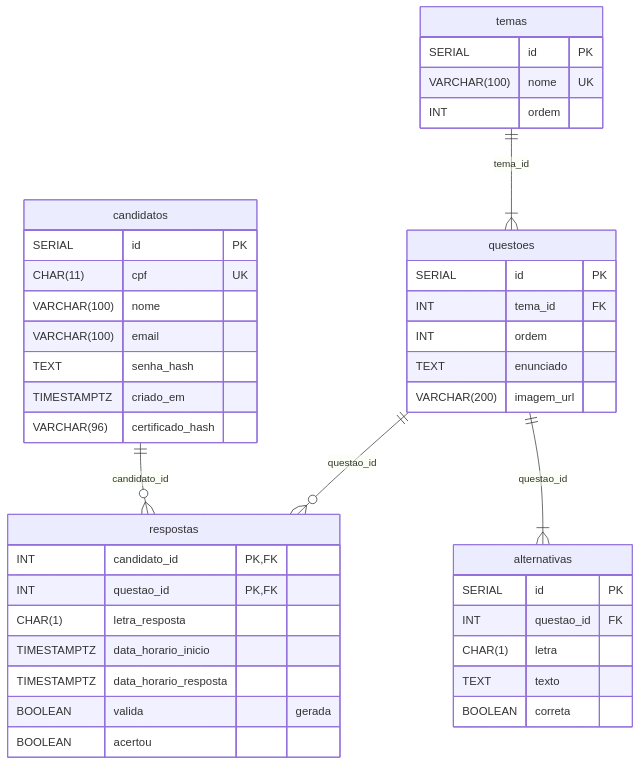
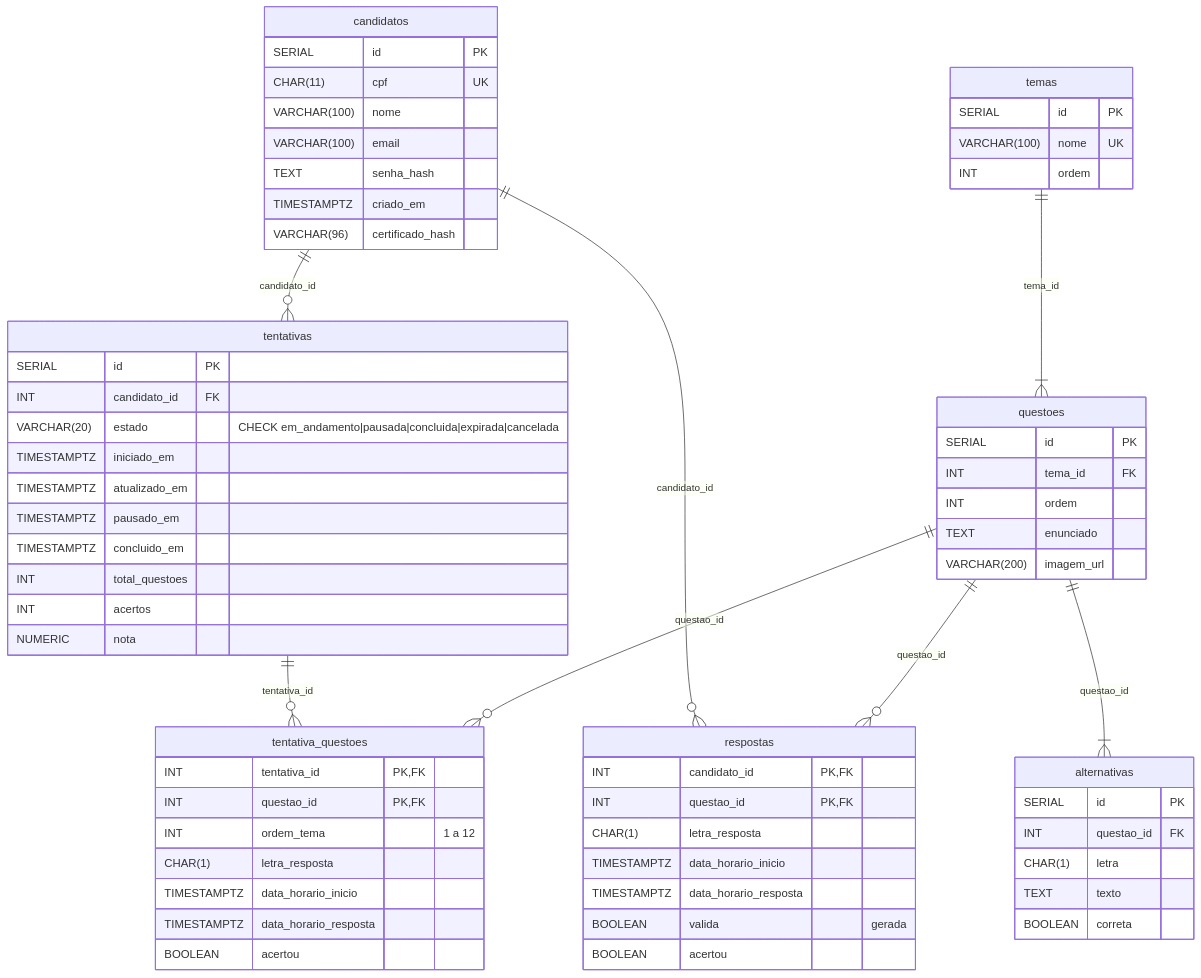
Before and after one commit to MultiCoreDSM/ABP: the diagram in docs/banco/modelo-logico.md, drawn with Mermaid. The commit also changed other lines of this file and 2 other files, not shown here.

Commit message:
docs(db): atualiza diagramas e modelos para seguir requisitos da DB-05

````diff
--- a/docs/banco/modelo-logico.md
+++ b/docs/banco/modelo-logico.md
@@ -17,45 +17,69 @@
 ```mermaid
 erDiagram
+    candidatos ||--o{ tentativas : "candidato_id"
+    tentativas ||--o{ tentativa_questoes : "tentativa_id"
+    questoes   ||--o{ tentativa_questoes : "questao_id"
     candidatos ||--o{ respostas : "candidato_id"
     questoes   ||--o{ respostas : "questao_id"
     temas      ||--|{ questoes  : "tema_id"
     questoes   ||--|{ alternativas : "questao_id"
 
     candidatos {
         SERIAL id PK
         CHAR(11) cpf UK
         VARCHAR(100) nome
         VARCHAR(100) email
         TEXT senha_hash
         TIMESTAMPTZ criado_em
         VARCHAR(96) certificado_hash
+    }
+    tentativas {
+        SERIAL id PK
+        INT candidato_id FK
+        VARCHAR(20) estado "CHECK em_andamento|pausada|concluida|expirada|cancelada"
+        TIMESTAMPTZ iniciado_em
+        TIMESTAMPTZ atualizado_em
+        TIMESTAMPTZ pausado_em
+        TIMESTAMPTZ concluido_em
+        INT total_questoes
+        INT acertos
+        NUMERIC nota
+    }
+    tentativa_questoes {
+        INT tentativa_id PK,FK
+        INT questao_id PK,FK
+        INT ordem_tema "1 a 12"
+        CHAR(1) letra_resposta
+        TIMESTAMPTZ data_horario_inicio
+        TIMESTAMPTZ data_horario_resposta
+        BOOLEAN acertou
     }
     temas {
         SERIAL id PK
         VARCHAR(100) nome UK
         INT ordem
     }
     questoes {
         SERIAL id PK
         INT tema_id FK
         INT ordem
         TEXT enunciado
         VARCHAR(200) imagem_url
     }
     alternativas {
         SERIAL id PK
         INT questao_id FK
         CHAR(1) letra
         TEXT texto
         BOOLEAN correta
     }
     respostas {
         INT candidato_id PK,FK
         INT questao_id PK,FK
         CHAR(1) letra_resposta
         TIMESTAMPTZ data_horario_inicio
         TIMESTAMPTZ data_horario_resposta
         BOOLEAN valida "gerada"
         BOOLEAN acertou
     }
 ```
````
